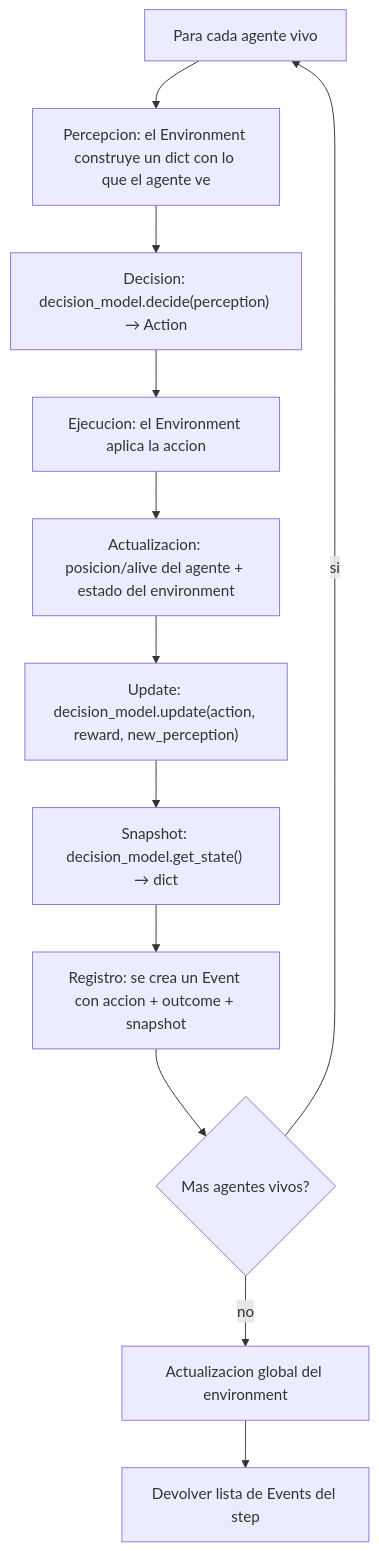
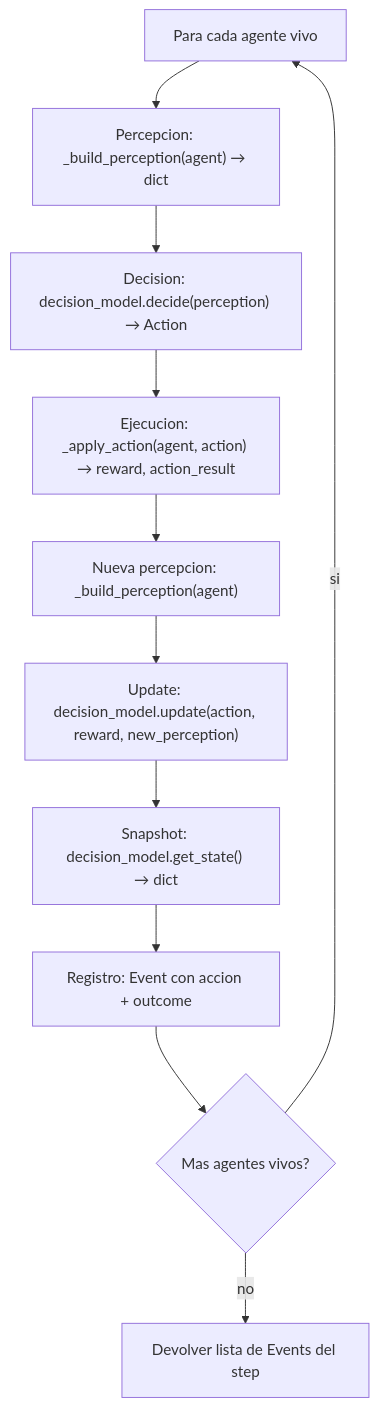
The second of 4 diagrams in phase2-juan/docs/DESIGN.md (srfreire/labTFG), drawn with Mermaid before and after one commit. The commit also changed other lines of this file and 4 other files, not shown here.

````diff
--- a/phase2-juan/docs/DESIGN.md
+++ b/phase2-juan/docs/DESIGN.md
@@ -199,14 +284,13 @@
 ```mermaid
 flowchart TD
-    START["Para cada agente vivo"] --> A["Percepcion: el Environment construye un dict con lo que el agente ve"]
+    START["Para cada agente vivo"] --> A["Percepcion: _build_perception(agent) → dict"]
     A --> B["Decision: decision_model.decide(perception) → Action"]
-    B --> C["Ejecucion: el Environment aplica la accion"]
-    C --> D["Actualizacion: posicion/alive del agente + estado del environment"]
+    B --> C["Ejecucion: _apply_action(agent, action) → reward, action_result"]
+    C --> D["Nueva percepcion: _build_perception(agent)"]
     D --> U["Update: decision_model.update(action, reward, new_perception)"]
     U --> E["Snapshot: decision_model.get_state() → dict"]
-    E --> F["Registro: se crea un Event con accion + outcome + snapshot"]
+    E --> F["Registro: Event con accion + outcome"]
     F --> G{"Mas agentes vivos?"}
     G -- si --> START
-    G -- no --> H["Actualizacion global del environment"]
-    H --> FIN["Devolver lista de Events del step"]
+    G -- no --> FIN["Devolver lista de Events del step"]
 ```
````
